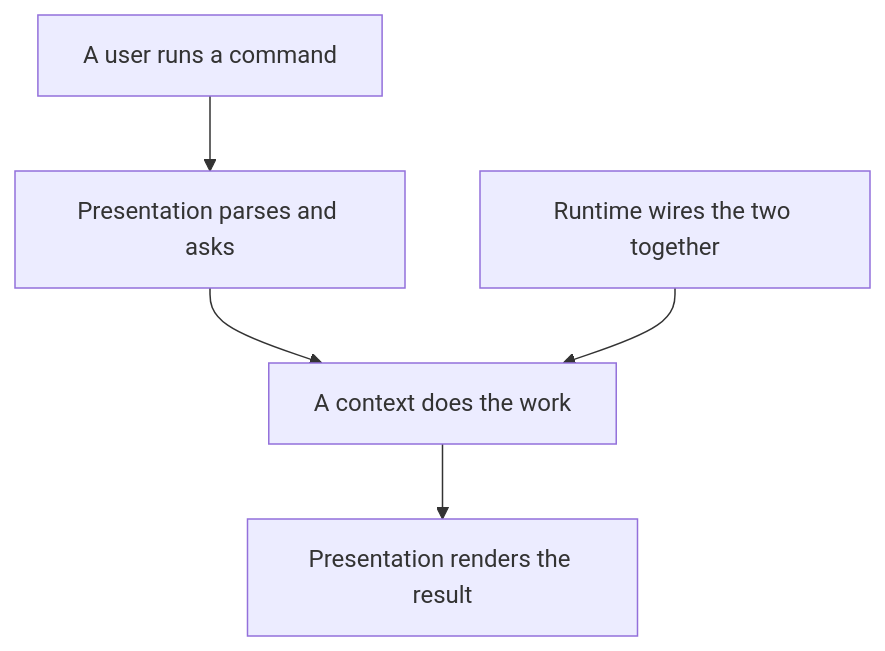
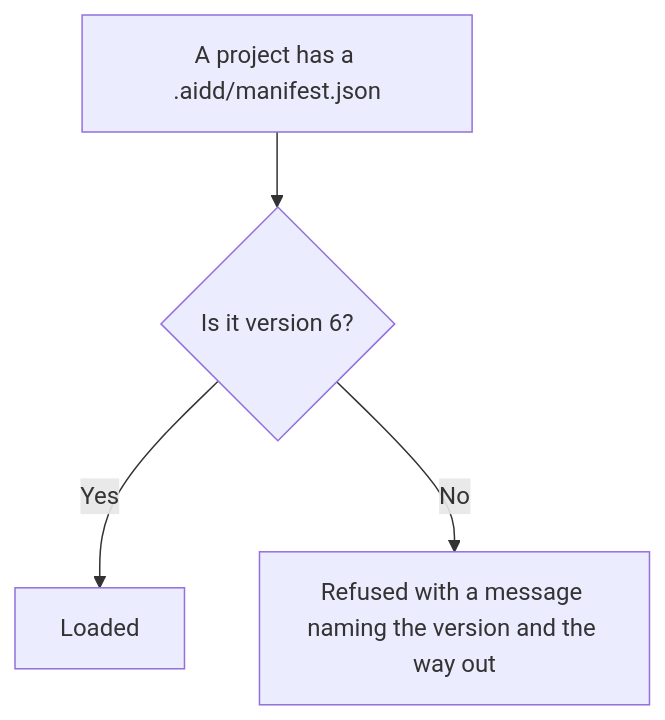
Before and after one commit to ai-driven-dev/aidd-framework: the first of 2 diagrams in cli/aidd_docs/tasks/2026_08/2026_08_20_refactor-contextes-cli/phase-14.md, drawn with Mermaid. The commit also changed other lines of this file and 17 other files, not shown here.

````diff
--- a/cli/aidd_docs/tasks/2026_08/2026_08_20_refactor-contextes-cli/phase-14.md
+++ b/cli/aidd_docs/tasks/2026_08/2026_08_20_refactor-contextes-cli/phase-14.md
@@ -37,7 +36,6 @@
 ```mermaid
 flowchart TD
-  A[A user runs a command] --> B[Presentation parses and asks]
-  B --> C[A context does the work]
-  C --> D[Presentation renders the result]
-  E[Runtime wires the two together] --> C
+  A[A project has a .aidd/manifest.json] --> B{Is it version 6?}
+  B -->|Yes| C[Loaded]
+  B -->|No| D[Refused with a message naming the version and the way out]
 ```
````
